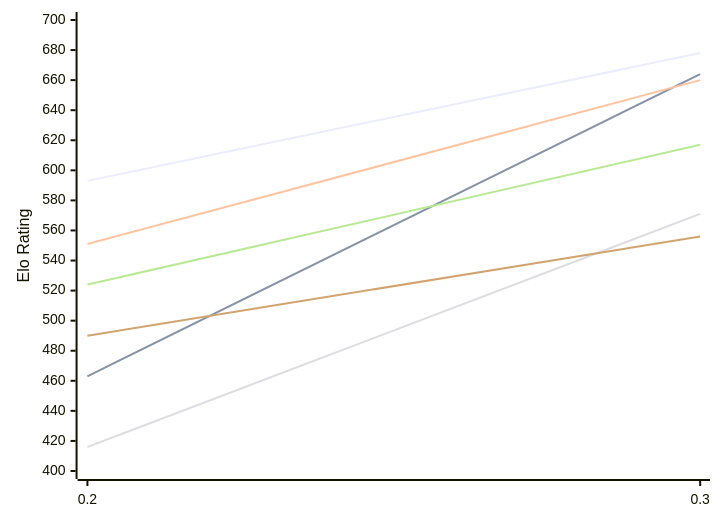
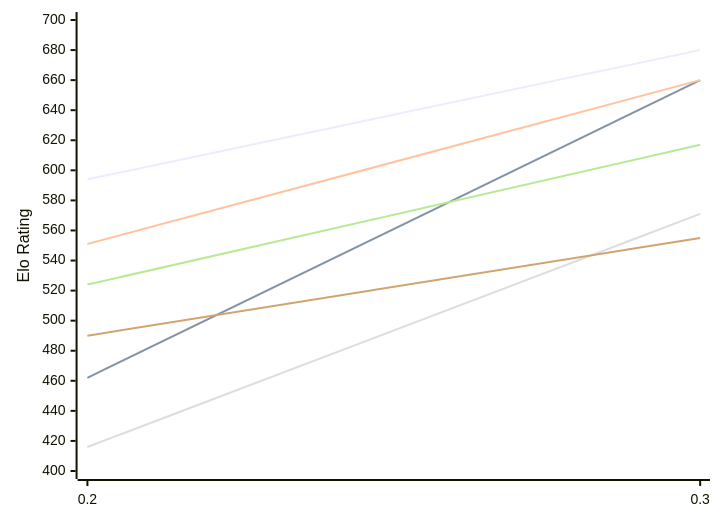
One commit to computer-chess-index/cci changed the first of 2 diagrams in engines/Magpie.md. Above: the diagram before and after it, drawn with Mermaid. The commit also changed other lines of this file, not shown here.

Commit message:
Update CCI Ratings (ELO VLTC) - 2026-11-23

````diff
--- a/engines/Magpie.md
+++ b/engines/Magpie.md
@@ -50,12 +50,12 @@
 ```mermaid
 %%{init: {"theme":"base","themeVariables":{"seriesColors:['#a3a3a3','#222221','#faa371']}}}%%
 xychart-beta
   x-axis ["0.2", "0.3"]
   y-axis "Elo Rating" 400 --> 700
-  line "E1: STC (8.0+0.08s)" [593, 678]
-  line "E1: LTC (60.0+0.60s)" [463, 664]
+  line "E1: STC (8.0+0.08s)" [594, 680]
+  line "E1: LTC (60.0+0.60s)" [462, 660]
   line "E1: VLTC (2m24s+1.12s)" [551, 660]
   line "P1: STC (8.0+0.08s)" [416, 571]
   line "P1: LTC (60.0+0.60s)" [524, 617]
-  line "P1: VLTC (2m24s+1.12s)" [490, 556]
+  line "P1: VLTC (2m24s+1.12s)" [490, 555]
 ```
````
